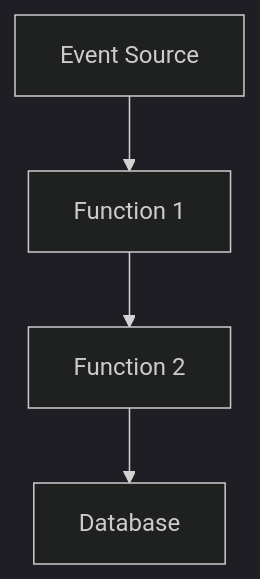
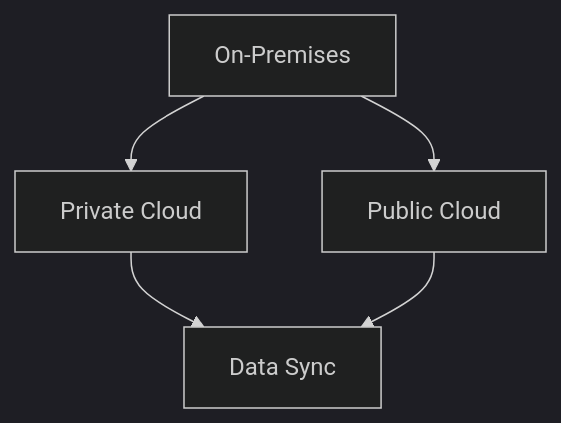
The eighth of 15 diagrams in README.md (nogeniuss/arquiteturas-de-software), drawn with Mermaid (dark theme) before and after one commit. The commit also changed other lines of this file, not shown here.

````diff
--- a/README.md
+++ b/README.md
@@ -80,6 +67,7 @@
 ```mermaid
 graph TD
-    A[Event Source] --> B[Function 1]
-    B --> C[Function 2]
-    C --> D[Database]
+    A[On-Premises] --> B[Private Cloud]
+    A --> C[Public Cloud]
+    B --> D[Data Sync]
+    C --> D
 ```
````
